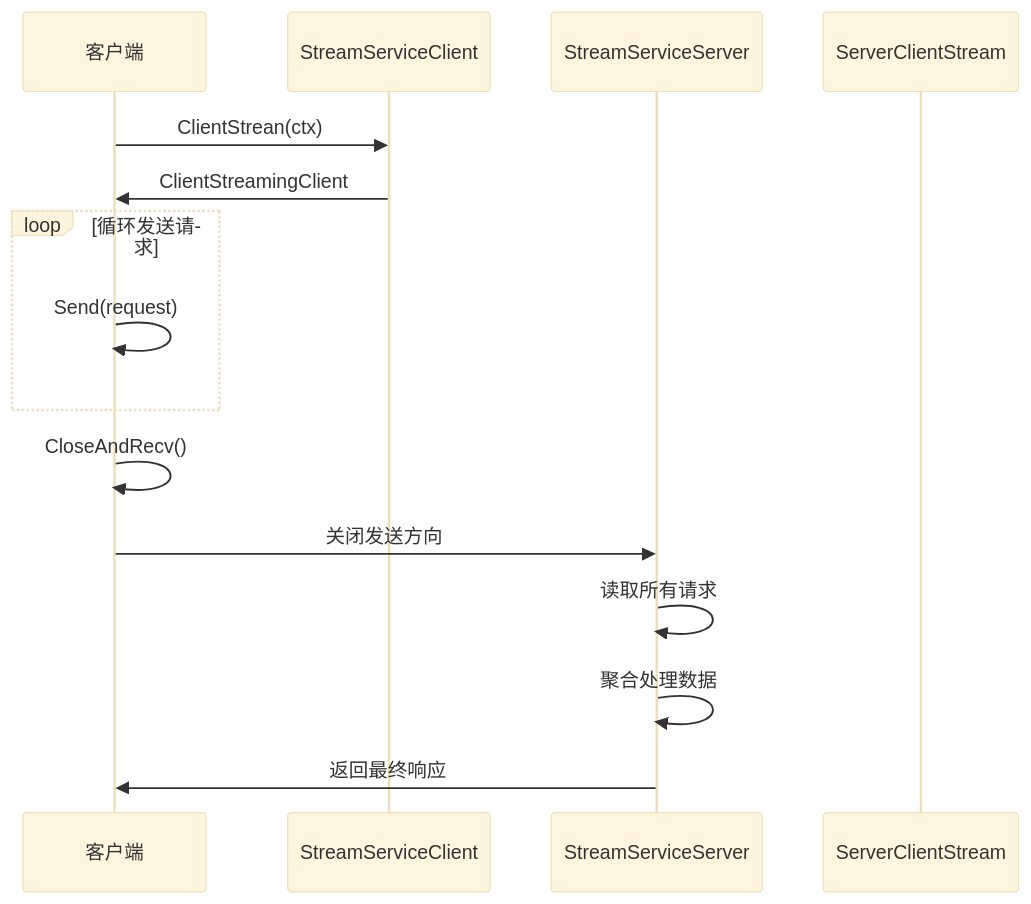
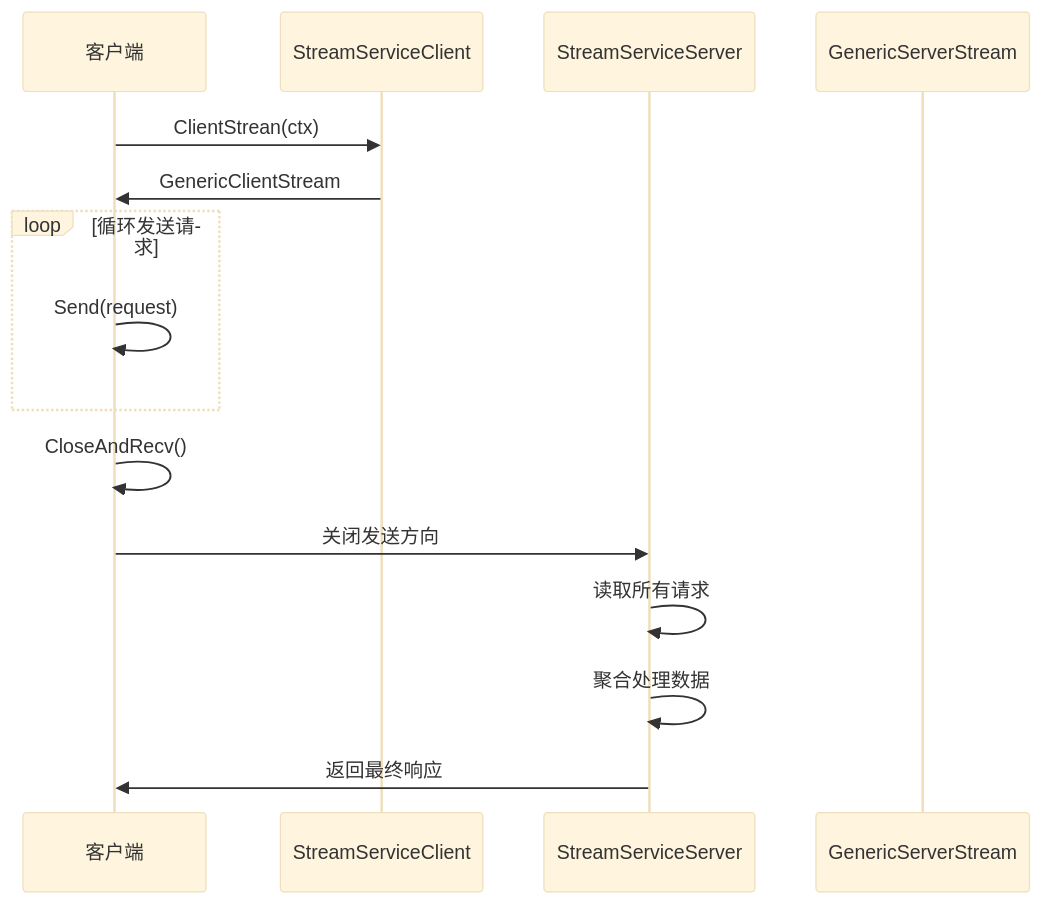
Before and after one commit to soyacen/goose: the seventh of 15 diagrams in .agents/repowiki/zh/content/示例和最佳实践/WebSocket流式系统.md, drawn with Mermaid (base theme). The commit also changed other lines of this file and 7 other files, not shown here.

First line of the commit message:
Refactor WebSocket client and server stream handling

````diff
--- a/.agents/repowiki/zh/content/示例和最佳实践/WebSocket流式系统.md
+++ b/.agents/repowiki/zh/content/示例和最佳实践/WebSocket流式系统.md
@@ -321,17 +341,17 @@
 ```mermaid
 sequenceDiagram
 participant Client as 客户端
 participant Service as StreamServiceClient
 participant Server as StreamServiceServer
-participant Stream as ServerClientStream
+participant Stream as GenericServerStream
 Client->>Service : ClientStrean(ctx)
-Service->>Client : ClientStreamingClient
+Service->>Client : GenericClientStream
 loop 循环发送请求
 Client->>Client : Send(request)
 end
 Client->>Client : CloseAndRecv()
 Client->>Server : 关闭发送方向
 Server->>Server : 读取所有请求
 Server->>Server : 聚合处理数据
 Server->>Client : 返回最终响应
 ```
````
